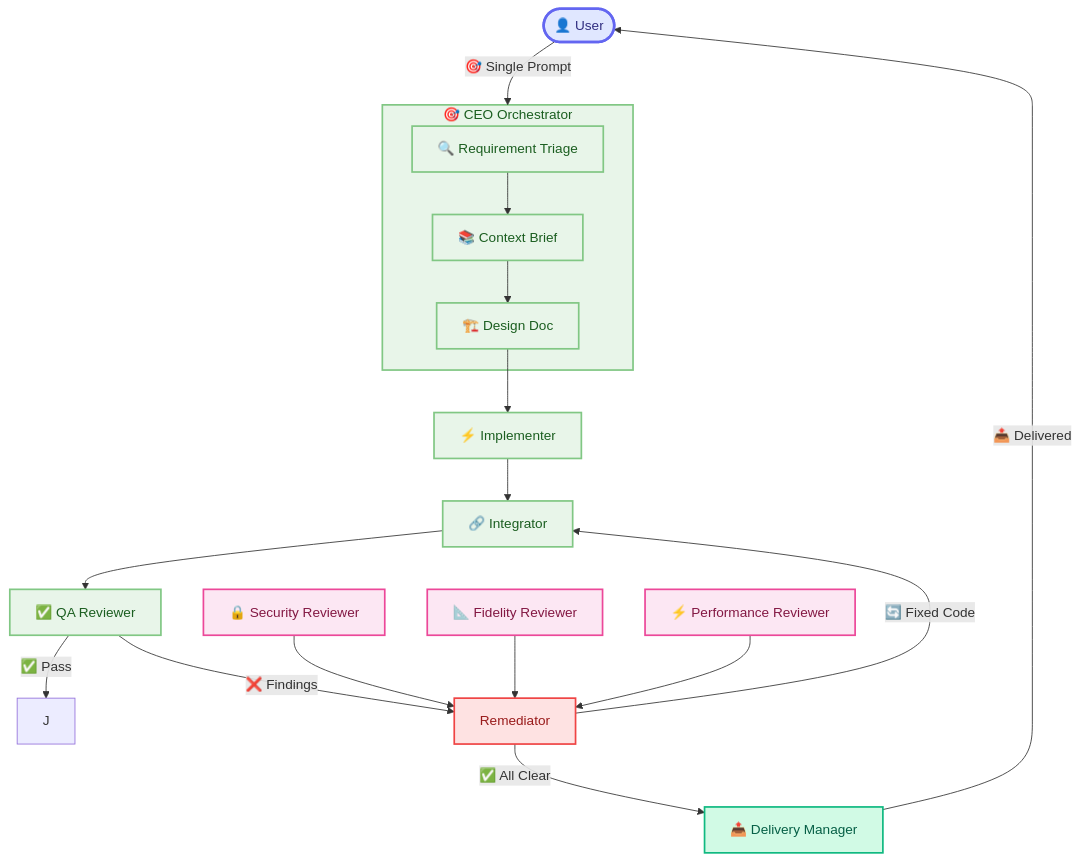
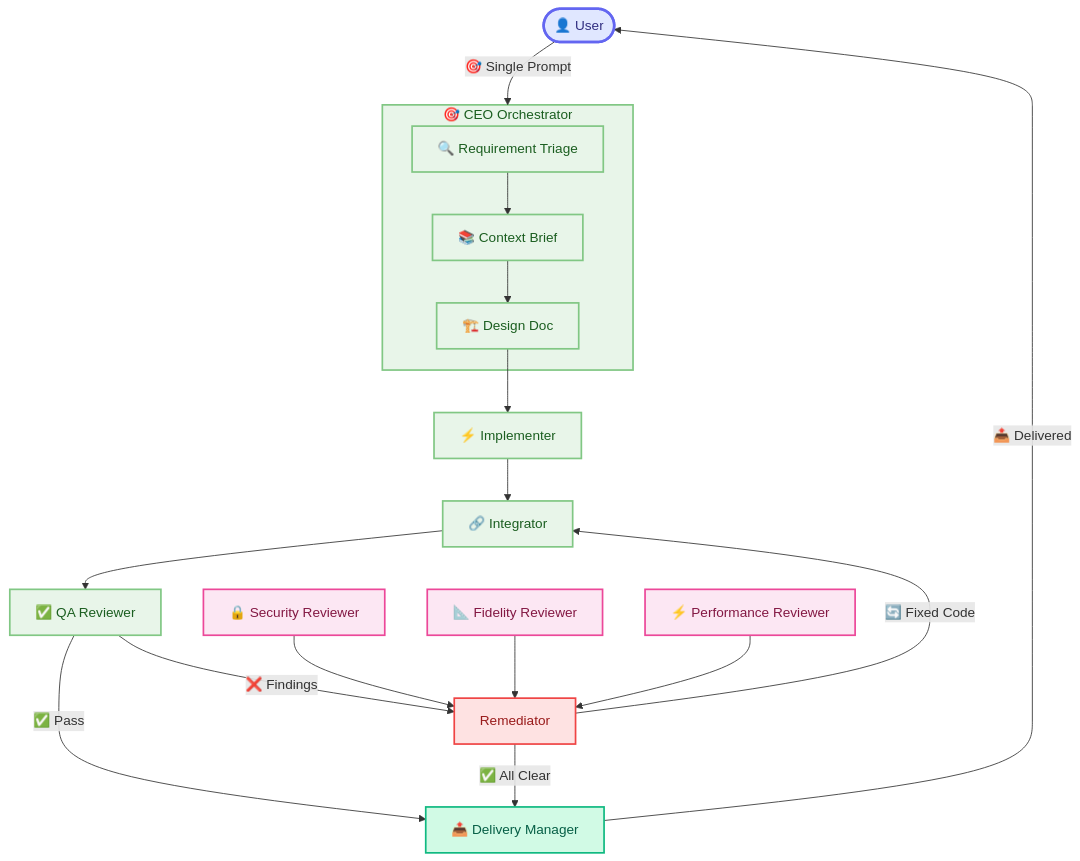
The second of 2 diagrams in README.md (galpt/kilocode-agents), drawn with Mermaid before and after one commit.

Commit message:
fix: correct 'J' typo to 'Delivery' in Per-Agent Pipeline diagram

````diff
--- a/README.md
+++ b/README.md
@@ -106,36 +106,36 @@
 ```mermaid
 graph TD
     User(["👤 User"]) -->|"🎯 Single Prompt"| CEO
 
     subgraph CEO["🎯 CEO Orchestrator"]
         A["🔍 Requirement Triage"] --> B["📚 Context Brief"]
         B --> C["🏗️ Design Doc"]
     end
 
     C --> D["⚡ Implementer"]
     D --> E["🔗 Integrator"]
     E --> F["✅ QA Reviewer"]
 
-    F -->|"✅ Pass"| J
+    F -->|"✅ Pass"| Delivery
     F -->|"❌ Findings"| Remediator
     Security["🔒 Security Reviewer"] --> Remediator
     Fidelity["📐 Fidelity Reviewer"] --> Remediator
     Perf["⚡ Performance Reviewer"] --> Remediator
 
     Remediator -->|"🔄 Fixed Code"| E
     Remediator -->|"✅ All Clear"| Delivery
 
     Delivery["📤 Delivery Manager"] -->|"📤 Delivered"| User
 
     classDef stage fill:#e8f5e9,stroke:#81c784,stroke-width:2px,color:#1b5e20
     classDef review fill:#fce7f3,stroke:#ec4899,stroke-width:2px,color:#831843
     classDef remediate fill:#fee2e2,stroke:#ef4444,stroke-width:2px,color:#991b1b
     classDef deliver fill:#d1fae5,stroke:#10b981,stroke-width:2px,color:#065f46
     classDef user fill:#e0e7ff,stroke:#6366f1,stroke-width:3px,color:#312e81
 
     class CEO,A,B,C,D,E,F stage
     class Security,Fidelity,Perf review
     class Remediator remediate
     class Delivery,User deliver
     class User user
 ```
````
